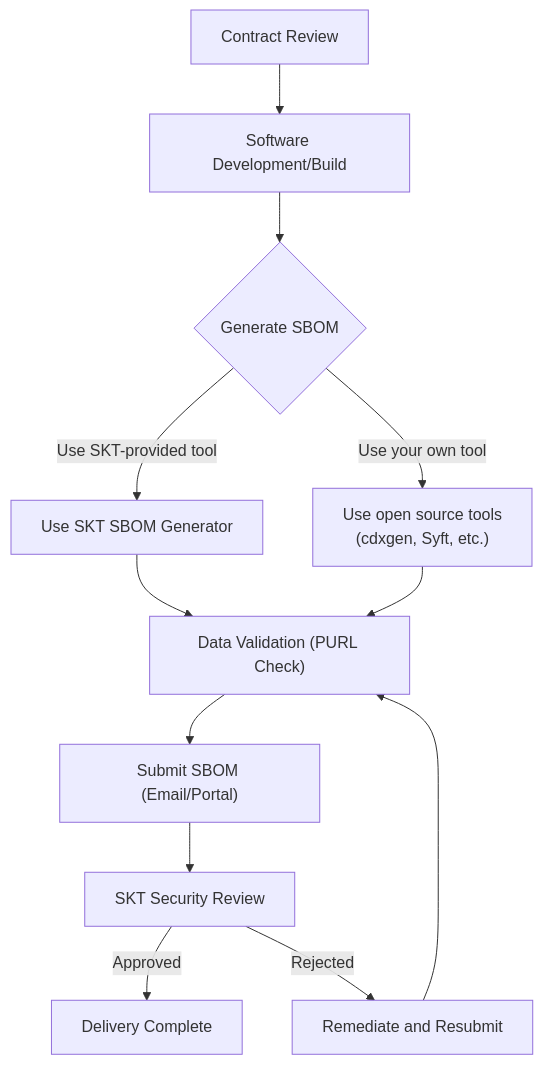
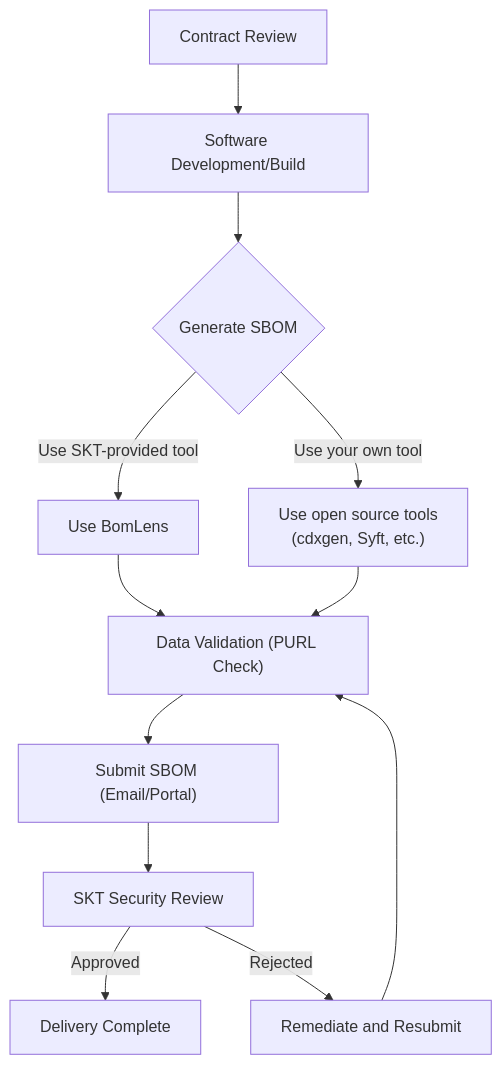
Before and after one commit to sktelecom/sktelecom.github.io: the diagram in content/en/guide/supply-chain/for-suppliers/_index.md, drawn with Mermaid. The commit also changed other lines of this file and 18 other files, not shown here.

First line of the commit message:
docs: SBOM Generator 브랜드명을 BomLens로 변경

````diff
--- a/content/en/guide/supply-chain/for-suppliers/_index.md
+++ b/content/en/guide/supply-chain/for-suppliers/_index.md
@@ -26,15 +26,15 @@
 ```mermaid
 flowchart TD
     A[Contract Review] --> B["Software Development/Build"]
     B --> C{Generate SBOM}
-    C -->|Use SKT-provided tool| D[Use SKT SBOM Generator]
+    C -->|Use SKT-provided tool| D[Use BomLens]
     C -->|Use your own tool| E["Use open source tools<br>(cdxgen, Syft, etc.)"]
     D --> F["Data Validation (PURL Check)"]
     E --> F
     F --> G["Submit SBOM (Email/Portal)"]
     G --> H[SKT Security Review]
     H -->|Approved| I[Delivery Complete]
     H -->|Rejected| J[Remediate and Resubmit]
     J --> F
 
 ```
````
